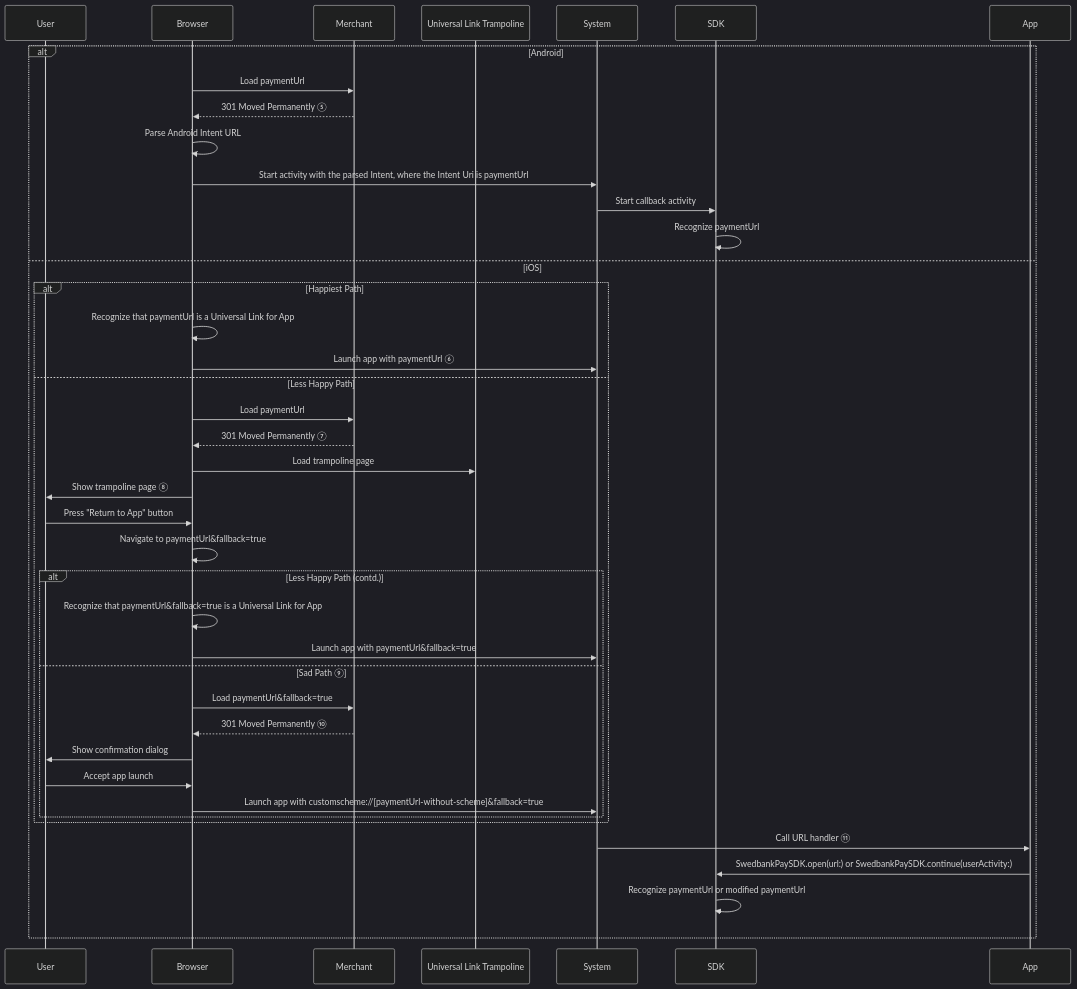
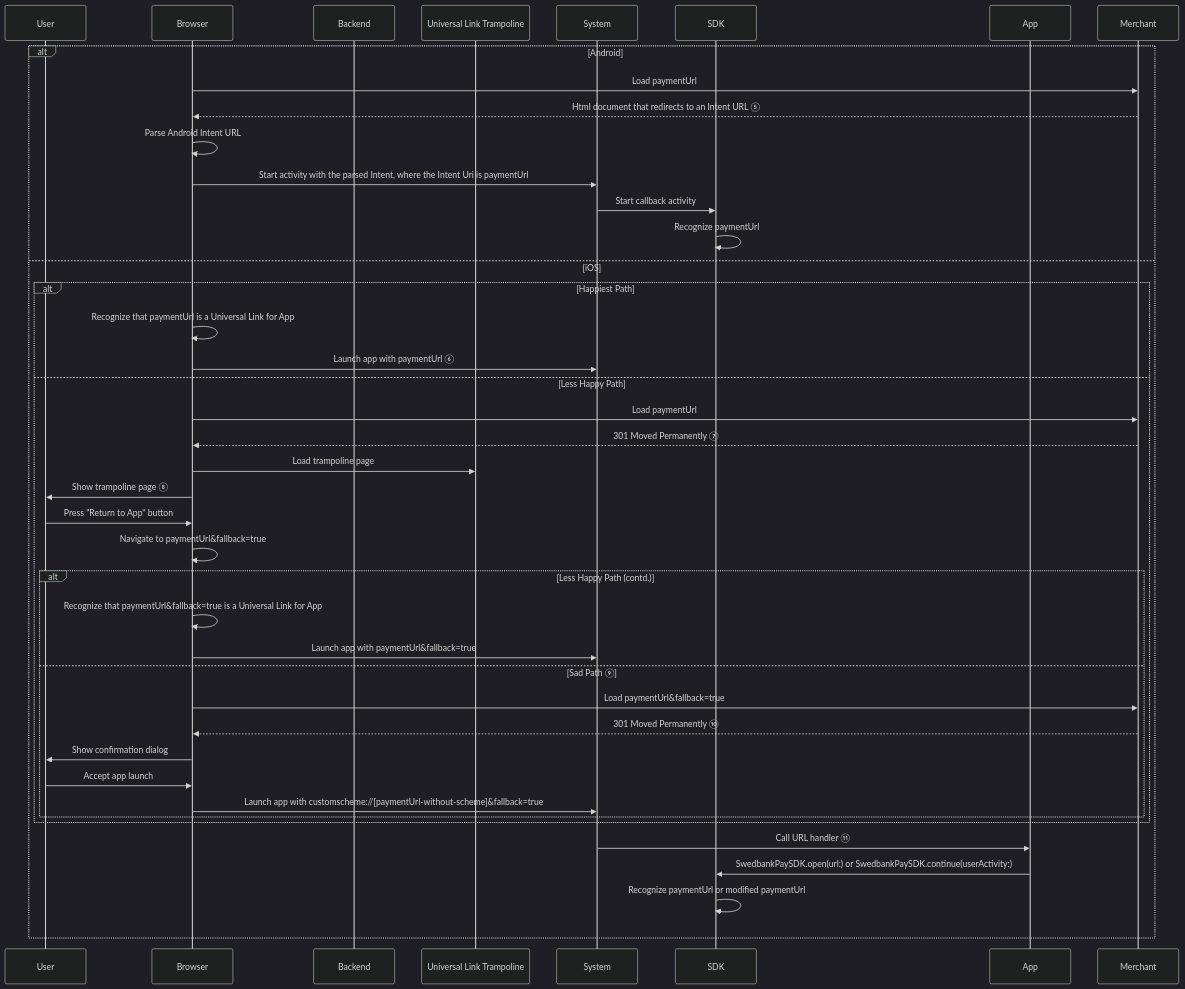
One commit to SwedbankPay/developer.swedbankpay.com changed the seventh of 8 diagrams in modules-sdks/mobile-sdk/process-diagrams.md. Above: the diagram before and after it, drawn with Mermaid (dark theme). The commit also changed other lines of this file and 7 other files, not shown here.

````diff
--- a/modules-sdks/mobile-sdk/process-diagrams.md
+++ b/modules-sdks/mobile-sdk/process-diagrams.md
@@ -227,44 +266,44 @@
 ```mermaid
 sequenceDiagram
     participant User
     participant Browser
-    participant Merchant
+    participant Backend
     participant Trampoline as Universal Link Trampoline
     participant System
     participant SDK
     participant App
 
     alt Android
         Browser ->> Merchant: Load paymentUrl
-        Merchant -->> Browser: 301 Moved Permanently ⑤
+        Merchant -->> Browser: Html document that redirects to an Intent URL ⑤
         Browser ->> Browser: Parse Android Intent URL
         Browser ->> System: Start activity with the parsed Intent, where the Intent Uri is paymentUrl
         System ->> SDK: Start callback activity
         SDK ->> SDK: Recognize paymentUrl
     else iOS
         alt Happiest Path
             Browser ->> Browser: Recognize that paymentUrl is a Universal Link for App
             Browser ->> System: Launch app with paymentUrl ⑥
         else Less Happy Path
             Browser ->> Merchant: Load paymentUrl
             Merchant -->> Browser: 301 Moved Permanently ⑦
             Browser ->> Trampoline: Load trampoline page
             Browser ->> User: Show trampoline page ⑧
             User ->> Browser: Press "Return to App" button
             Browser ->> Browser: Navigate to paymentUrl&fallback=true
             alt Less Happy Path (contd.)
                 Browser ->> Browser : Recognize that paymentUrl&fallback=true is a Universal Link for App
                 Browser ->> System : Launch app with paymentUrl&fallback=true
             else Sad Path ⑨
                 Browser ->> Merchant: Load paymentUrl&fallback=true
                 Merchant -->> Browser: 301 Moved Permanently ⑩
                 Browser ->> User: Show confirmation dialog
                 User ->> Browser: Accept app launch
                 Browser ->> System: Launch app with customscheme://[paymentUrl-without-scheme]&fallback=true
             end
         end
         System ->> App: Call URL handler ⑪
         App ->> SDK: SwedbankPaySDK.open(url:) or SwedbankPaySDK.continue(userActivity:)
         SDK ->> SDK: Recognize paymentUrl or modified paymentUrl
     end
 ```
````
